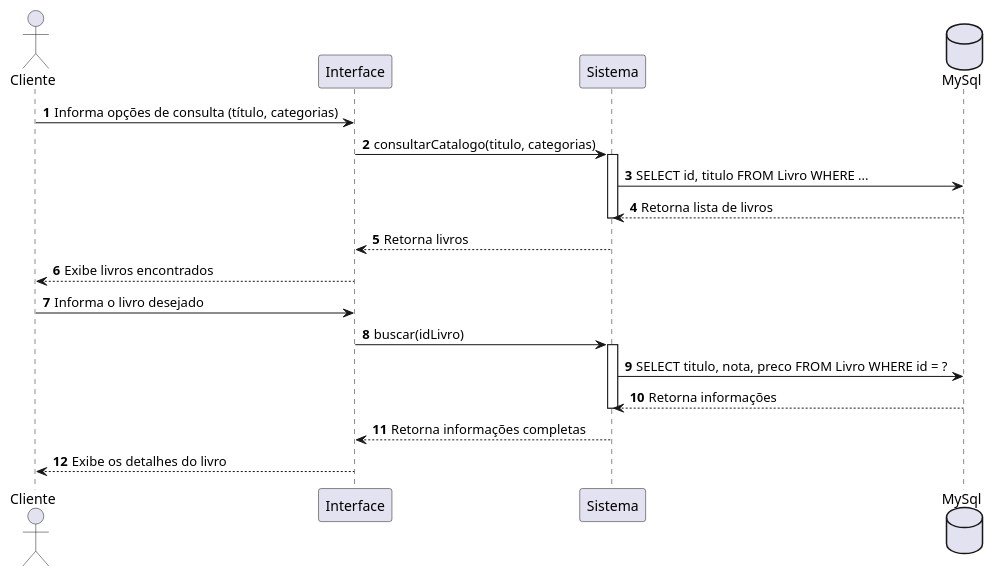
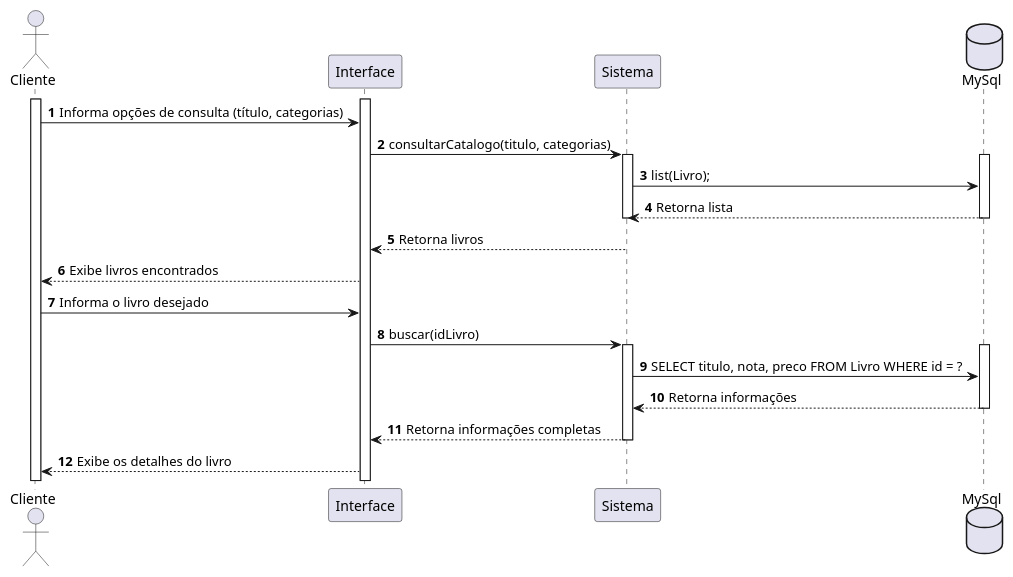
Before and after one commit to Gnunes27/Projeto-DSC: the third of 8 diagrams in Documentação/Diagramas/Diagramas de Sequencia/Script Diagramas de Sequencia.md, drawn with PlantUML. The commit also changed other lines of this file, not shown here.

Commit message:
Refatorando diagramas de sequência e atualizando interações

````diff
--- a/Documentação/Diagramas/Diagramas de Sequencia/Script Diagramas de Sequencia.md
+++ b/Documentação/Diagramas/Diagramas de Sequencia/Script Diagramas de Sequencia.md
@@ -132,31 +156,41 @@
 ```plantuml
 @startuml
 autonumber
 
 actor "Cliente" as Cliente
 participant "Interface" as Tela
 participant "Sistema" as Sis
 database "MySql" as BD
 
+activate Cliente
+activate Tela
 Cliente -> Tela: Informa opções de consulta (título, categorias)
 Tela -> Sis: consultarCatalogo(titulo, categorias)
 activate Sis
-Sis -> BD: SELECT id, titulo FROM Livro WHERE ...
-BD --> Sis: Retorna lista de livros
+activate BD
+
+Sis -> BD: list(Livro);
+BD --> Sis: Retorna lista
+
+deactivate BD
 deactivate Sis
 Sis --> Tela: Retorna livros
 Tela --> Cliente: Exibe livros encontrados
 
 Cliente -> Tela: Informa o livro desejado 
 Tela -> Sis: buscar(idLivro)
 activate Sis
 
+activate BD
 Sis -> BD: SELECT titulo, nota, preco FROM Livro WHERE id = ?
 BD --> Sis: Retorna informações
+deactivate BD
 
+
+Sis --> Tela: Retorna informações completas 
 deactivate Sis
-Sis --> Tela: Retorna informações completas 
 Tela --> Cliente: Exibe os detalhes do livro
 
 @enduml
+
 ```
````
